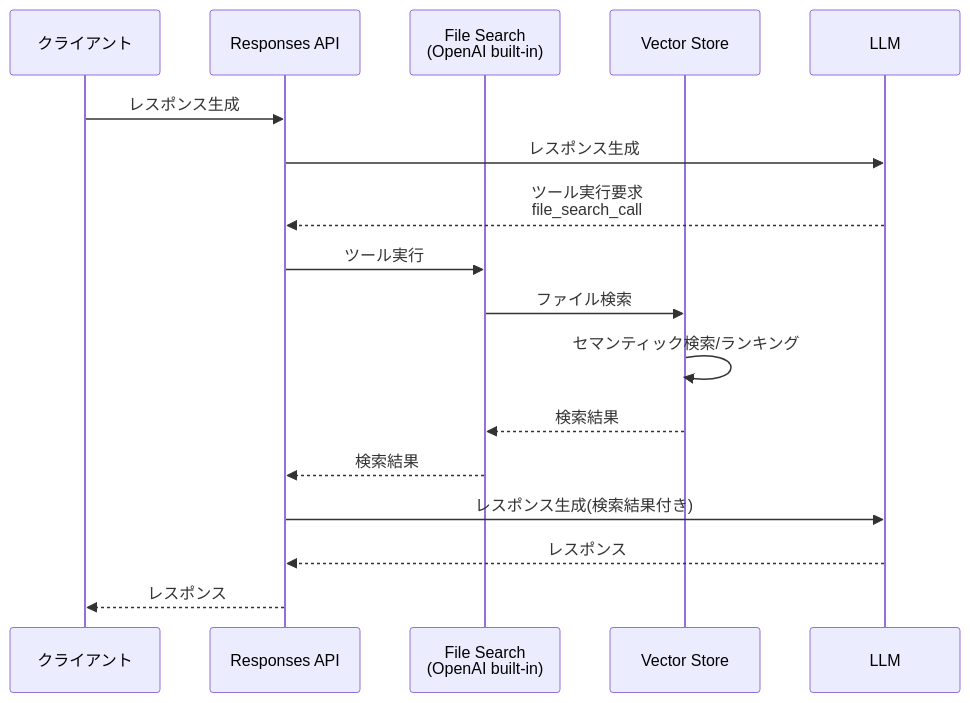
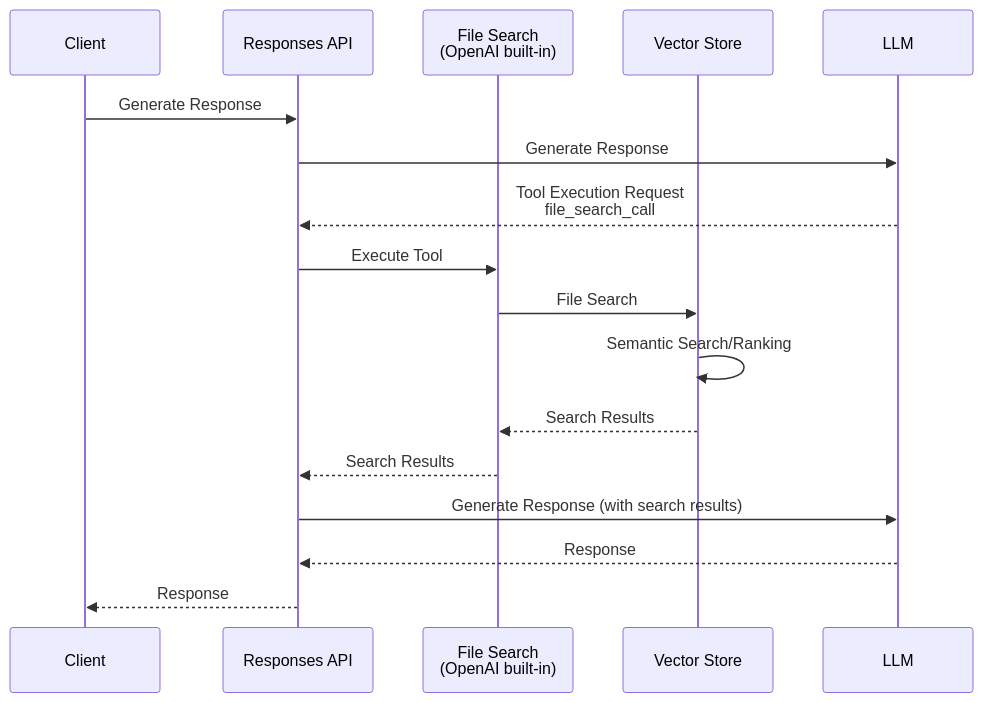
One commit to mamezou-tech/mamezou-tech-site changed the diagram in src/en/posts/blogs/2025/0319_openai-responses-api-filesearch.md. Above: the diagram before and after it, drawn with Mermaid. The commit also changed other lines of this file, not shown here.

Commit message:
fix: replace Japanese text and truncation markers with English
Replaced Japanese text and truncation markers like "省略" with their English equivalents, such as "omitted." This improves consistency and readability of the code and documentation for an English-speaking audience.

````diff
--- a/src/en/posts/blogs/2025/0319_openai-responses-api-filesearch.md
+++ b/src/en/posts/blogs/2025/0319_openai-responses-api-filesearch.md
@@ -27,19 +27,19 @@
 ```mermaid
 sequenceDiagram
-    participant C as クライアント
+    participant C as Client
     participant R as Responses API
     participant FT as File Search<br>(OpenAI built-in)
     participant VS as Vector Store
     participant LLM as LLM
-    C ->> R: レスポンス生成
-    R ->> LLM: レスポンス生成
-    LLM -->> R: ツール実行要求<br>file_search_call
-    R ->> FT: ツール実行
-    FT ->> VS: ファイル検索
-    VS ->> VS: セマンティック検索/ランキング
-    VS -->> FT: 検索結果
-    FT -->> R: 検索結果
-    R ->> LLM: レスポンス生成(検索結果付き)
-    LLM -->> R: レスポンス
-    R -->> C: レスポンス
+    C ->> R: Generate Response
+    R ->> LLM: Generate Response
+    LLM -->> R: Tool Execution Request<br>file_search_call
+    R ->> FT: Execute Tool
+    FT ->> VS: File Search
+    VS ->> VS: Semantic Search/Ranking
+    VS -->> FT: Search Results
+    FT -->> R: Search Results
+    R ->> LLM: Generate Response (with search results)
+    LLM -->> R: Response
+    R -->> C: Response
 ```
````
